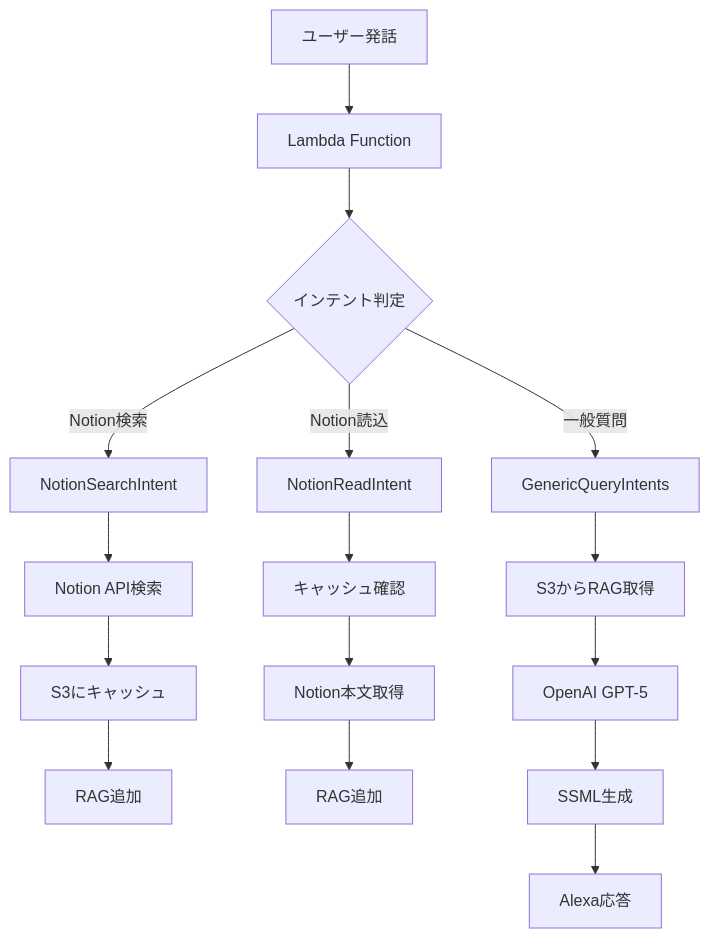
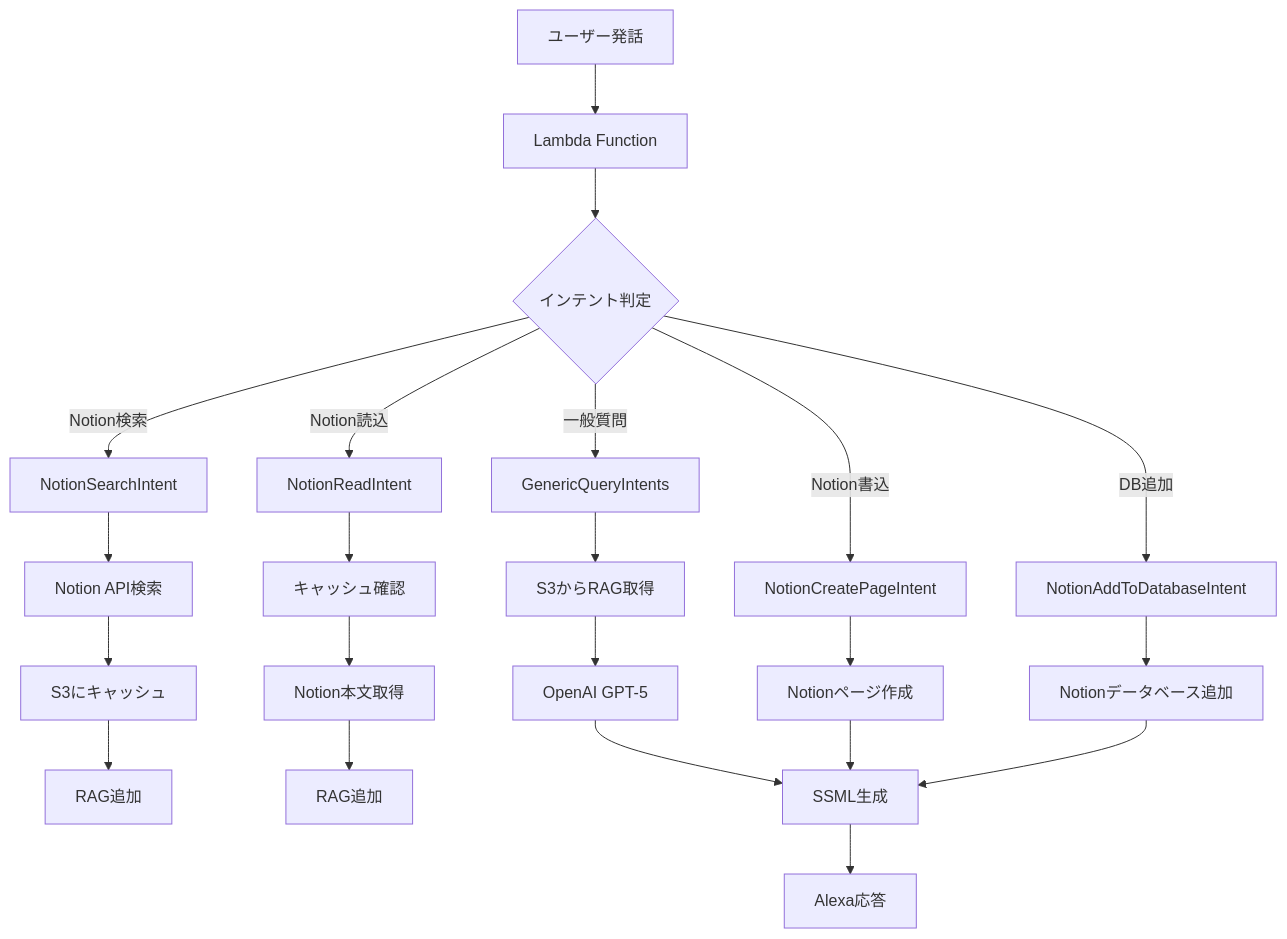
Before and after one commit to evolution1204/alexa-genai: the second of 2 diagrams in README.md, drawn with Mermaid. The commit also changed other lines of this file and 5 other files, not shown here.

````diff
--- a/README.md
+++ b/README.md
@@ -126,23 +130,30 @@
 ```mermaid
 graph TD
     A[ユーザー発話] --> B[Lambda Function]
     B --> C{インテント判定}
 
     C -->|一般質問| D[GenericQueryIntents]
     C -->|Notion検索| E[NotionSearchIntent]
     C -->|Notion読込| F[NotionReadIntent]
+    C -->|Notion書込| G[NotionCreatePageIntent]
+    C -->|DB追加| H[NotionAddToDatabaseIntent]
 
-    D --> G[S3からRAG取得]
-    G --> H[OpenAI GPT-5]
+    D --> I[S3からRAG取得]
+    I --> J[OpenAI GPT-5]
 
-    E --> I[Notion API検索]
-    I --> J[S3にキャッシュ]
-    J --> K[RAG追加]
+    E --> K[Notion API検索]
+    K --> L[S3にキャッシュ]
+    L --> M[RAG追加]
 
-    F --> L[キャッシュ確認]
-    L --> M[Notion本文取得]
-    M --> N[RAG追加]
+    F --> N[キャッシュ確認]
+    N --> O[Notion本文取得]
+    O --> P[RAG追加]
 
-    H --> O[SSML生成]
-    O --> P[Alexa応答]
+    G --> Q[Notionページ作成]
+    H --> R[Notionデータベース追加]
+
+    J --> S[SSML生成]
+    Q --> S
+    R --> S
+    S --> T[Alexa応答]
 ```
````
